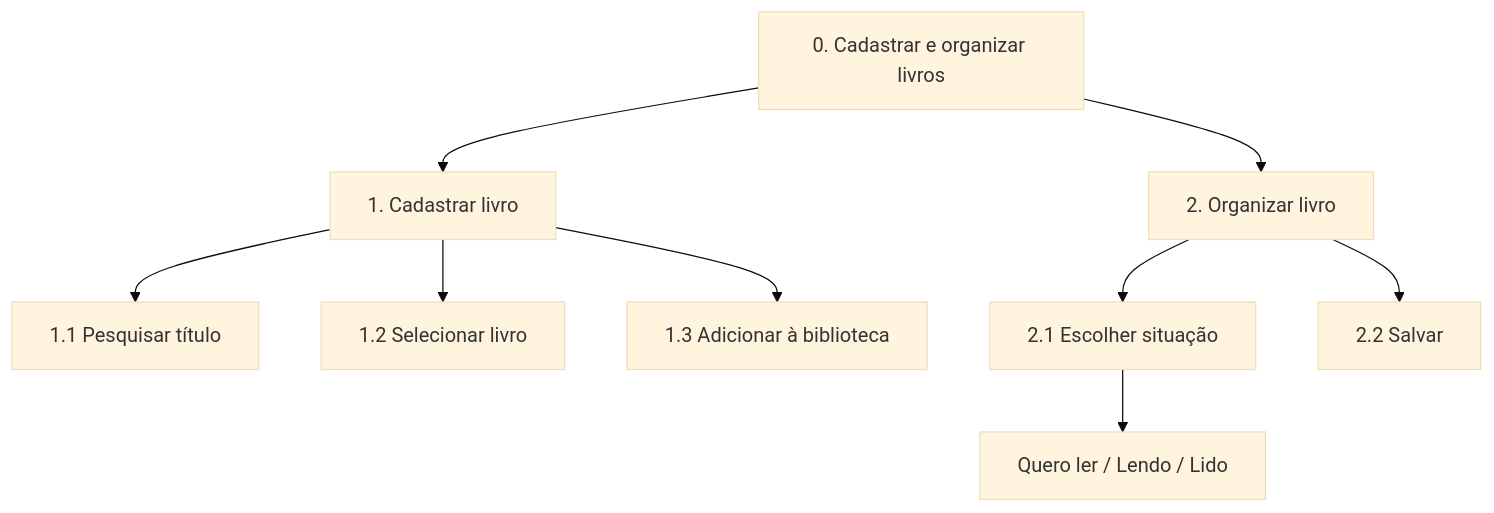
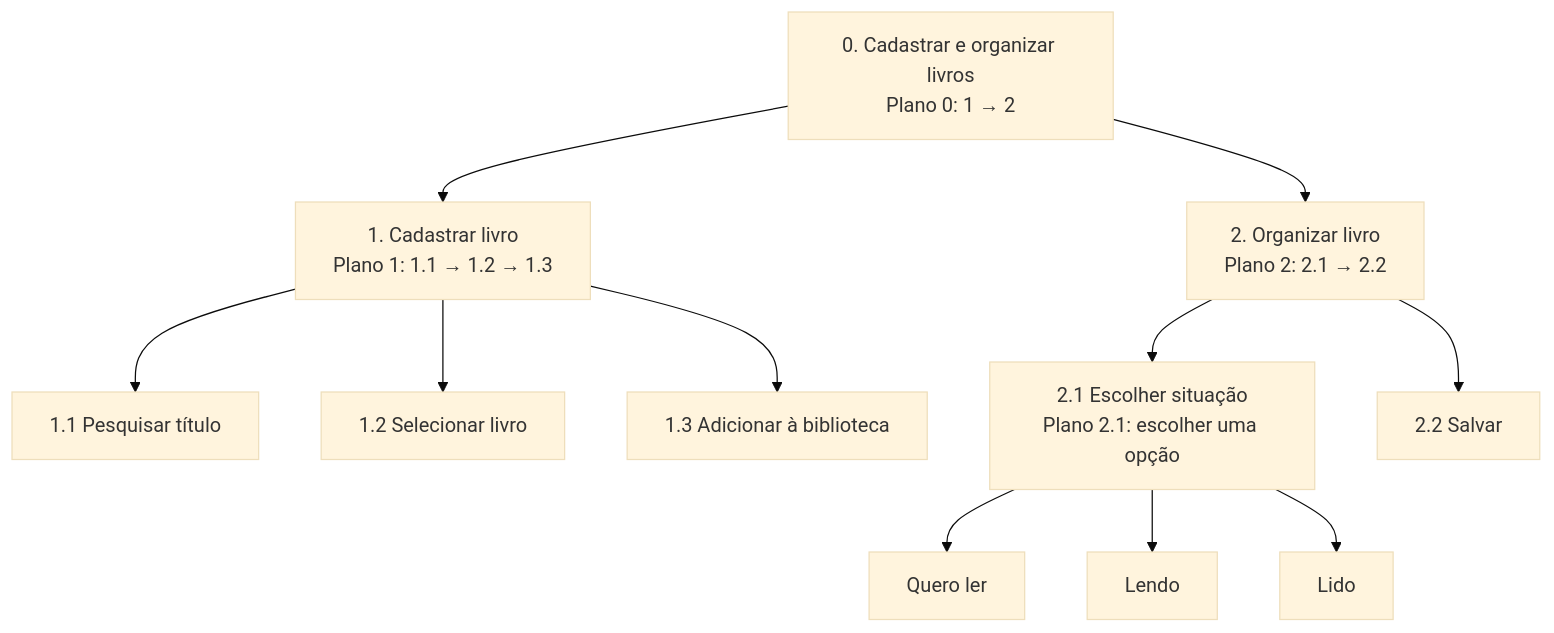
Before and after one commit to GabrielRochadeLima/FRONTEND-CCP310-PROJETO: the diagram in docs/6_analise_tarefas.md, drawn with Mermaid (base theme). The commit also changed other lines of this file, not shown here.

````diff
--- a/docs/6_analise_tarefas.md
+++ b/docs/6_analise_tarefas.md
@@ -9,12 +9,17 @@
 ```mermaid
 flowchart TD
-    A["0. Cadastrar e organizar livros"]
-    A --> B["1. Cadastrar livro"]
-    A --> C["2. Organizar livro"]
+    A["0. Cadastrar e organizar livros<br/>Plano 0: 1 → 2"]
+    A --> B["1. Cadastrar livro<br/>Plano 1: 1.1 → 1.2 → 1.3"]
+    A --> C["2. Organizar livro<br/>Plano 2: 2.1 → 2.2"]
+
     B --> D["1.1 Pesquisar título"]
     B --> E["1.2 Selecionar livro"]
     B --> F["1.3 Adicionar à biblioteca"]
-    C --> G["2.1 Escolher situação"]
+
+    C --> G["2.1 Escolher situação<br/>Plano 2.1: escolher uma opção"]
     C --> H["2.2 Salvar"]
-    G --> I["Quero ler / Lendo / Lido"]
+
+    G --> I["Quero ler"]
+    G --> J["Lendo"]
+    G --> K["Lido"]
 ```
````
